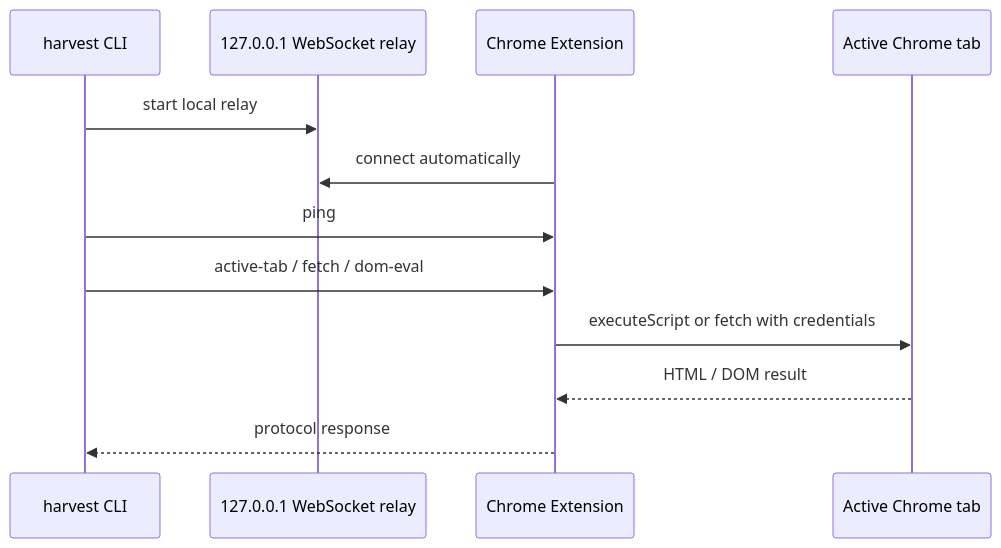
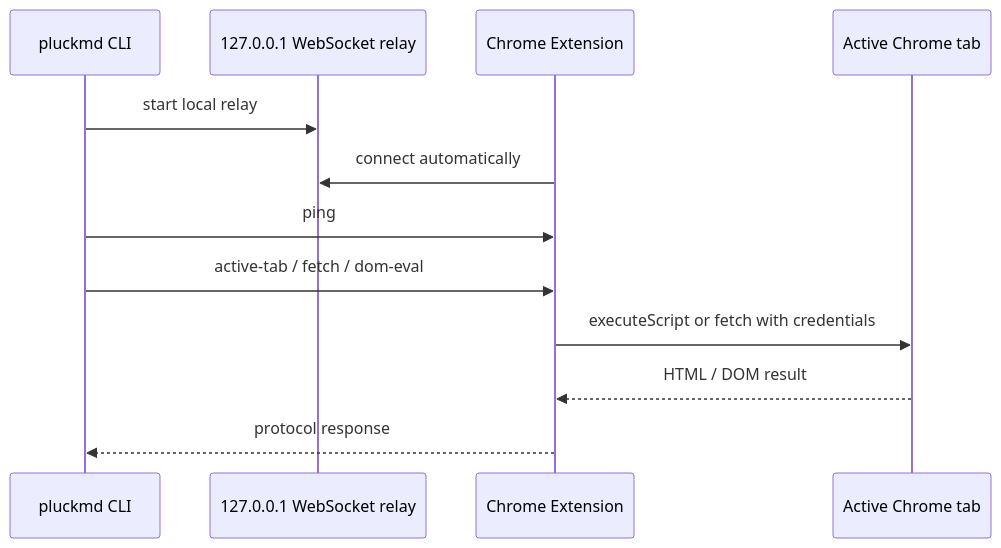
The diagram in specs/extension-bridge.md (jacobpatton/pluckmd), drawn with Mermaid before and after one commit. The commit also changed other lines of this file and 56 other files, not shown here.

First line of the commit message:
Rename project from harvest to pluckmd

````diff
--- a/specs/extension-bridge.md
+++ b/specs/extension-bridge.md
@@ -12,15 +12,15 @@
 ```mermaid
 sequenceDiagram
-  participant CLI as harvest CLI
+  participant CLI as pluckmd CLI
   participant Relay as 127.0.0.1 WebSocket relay
   participant Ext as Chrome Extension
   participant Tab as Active Chrome tab
 
   CLI->>Relay: start local relay
   Ext->>Relay: connect automatically
   CLI->>Ext: ping
   CLI->>Ext: active-tab / fetch / dom-eval
   Ext->>Tab: executeScript or fetch with credentials
   Tab-->>Ext: HTML / DOM result
   Ext-->>CLI: protocol response
 ```
````
